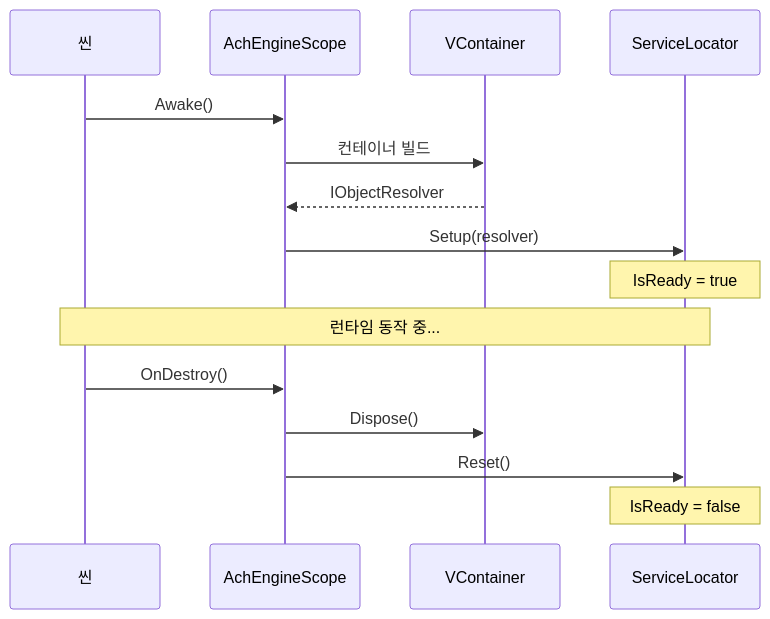
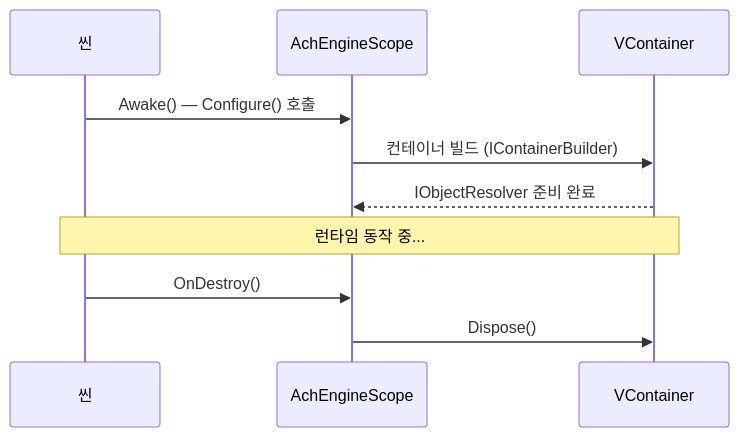
One commit to achieveonepark/AchEngine changed the diagram in Docs~/guide/di/installer.md. Above: the diagram before and after it, drawn with Mermaid. The commit also changed other lines of this file and 22 other files, not shown here.

````diff
--- a/Docs~/guide/di/installer.md
+++ b/Docs~/guide/di/installer.md
@@ -94,20 +101,15 @@
 ```mermaid
 sequenceDiagram
 participant Scene as 씬
 participant Scope as AchEngineScope
 participant Container as VContainer
-participant SL as ServiceLocator
 
-Scene->>Scope: Awake()
-Scope->>Container: 컨테이너 빌드
-Container-->>Scope: IObjectResolver
-Scope->>SL: Setup(resolver)
-Note over SL: IsReady = true
+Scene->>Scope: Awake() — Configure() 호출
+Scope->>Container: 컨테이너 빌드 (IContainerBuilder)
+Container-->>Scope: IObjectResolver 준비 완료
 
-Note over Scene,SL: 런타임 동작 중...
+Note over Scene,Container: 런타임 동작 중...
 
 Scene->>Scope: OnDestroy()
 Scope->>Container: Dispose()
-Scope->>SL: Reset()
-Note over SL: IsReady = false
 ```
````
